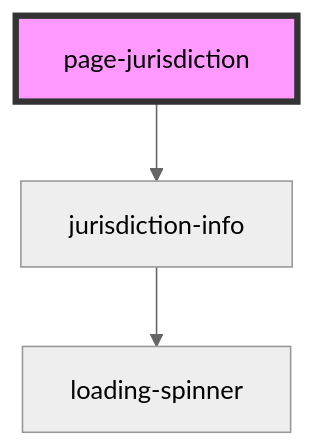
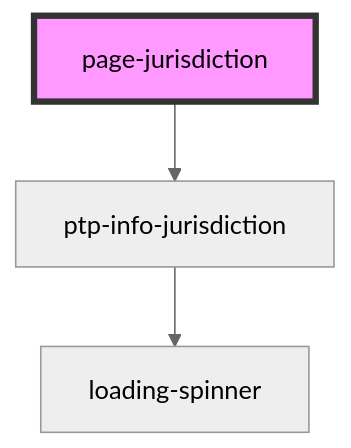
One commit to pizza-to-the-polls/power-the-polls changed the diagram in site/src/components/page-jurisdiction/readme.md. Above: the diagram before and after it, drawn with Mermaid (neutral theme). The commit also changed other lines of this file and 28 other files, not shown here.

Commit message:
refactoring to try to consolidate things around state and jurisdiction info

````diff
--- a/site/src/components/page-jurisdiction/readme.md
+++ b/site/src/components/page-jurisdiction/readme.md
@@ -22,6 +22,6 @@
 ```mermaid
 graph TD;
-  page-jurisdiction --> jurisdiction-info
-  jurisdiction-info --> loading-spinner
+  page-jurisdiction --> ptp-info-jurisdiction
+  ptp-info-jurisdiction --> loading-spinner
   style page-jurisdiction fill:#f9f,stroke:#333,stroke-width:4px
 ```
````
